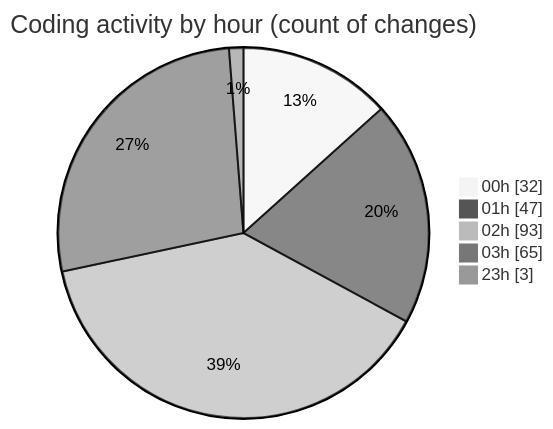
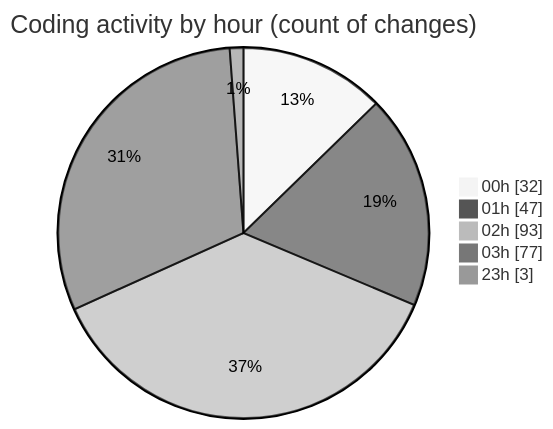
Before and after one commit to lephambinh05/code-tracking: the second of 2 diagrams in 2025-07-28/quanlyrapchieuphim-1/README.md, drawn with Mermaid (neutral theme). The commit also changed other lines of this file and 1 other file, not shown here.

````diff
--- a/2025-07-28/quanlyrapchieuphim-1/README.md
+++ b/2025-07-28/quanlyrapchieuphim-1/README.md
@@ -53,9 +53,9 @@
 ```mermaid
 pie showData
 title Coding activity by hour (count of changes)
 "00h" : 32
 "01h" : 47
 "02h" : 93
-"03h" : 65
+"03h" : 77
 "23h" : 3
 ```
````
